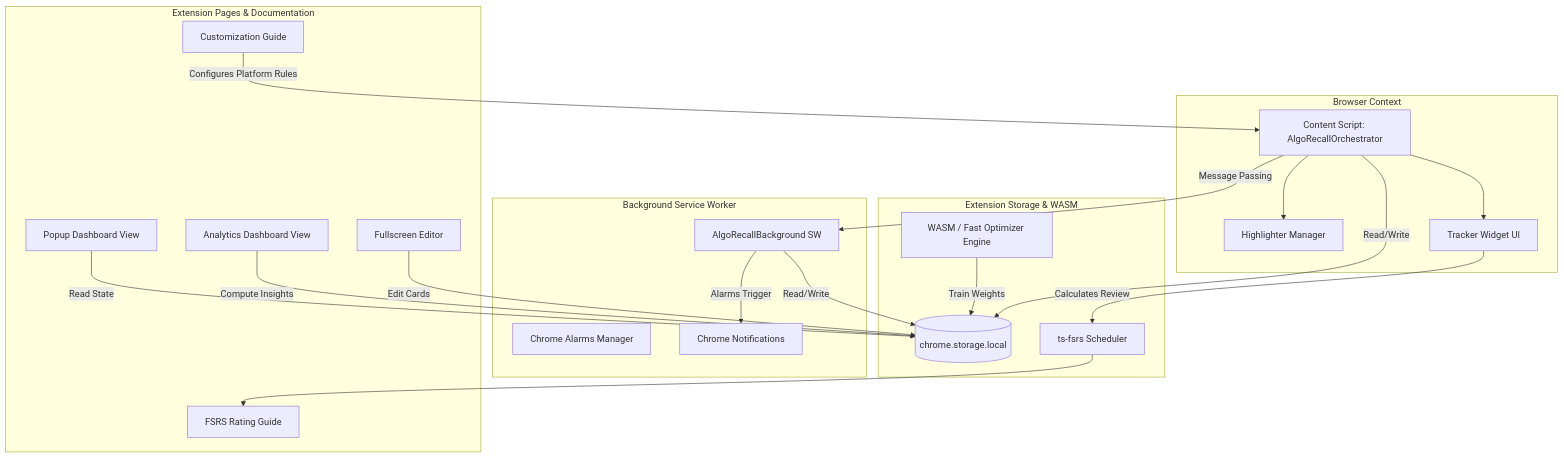
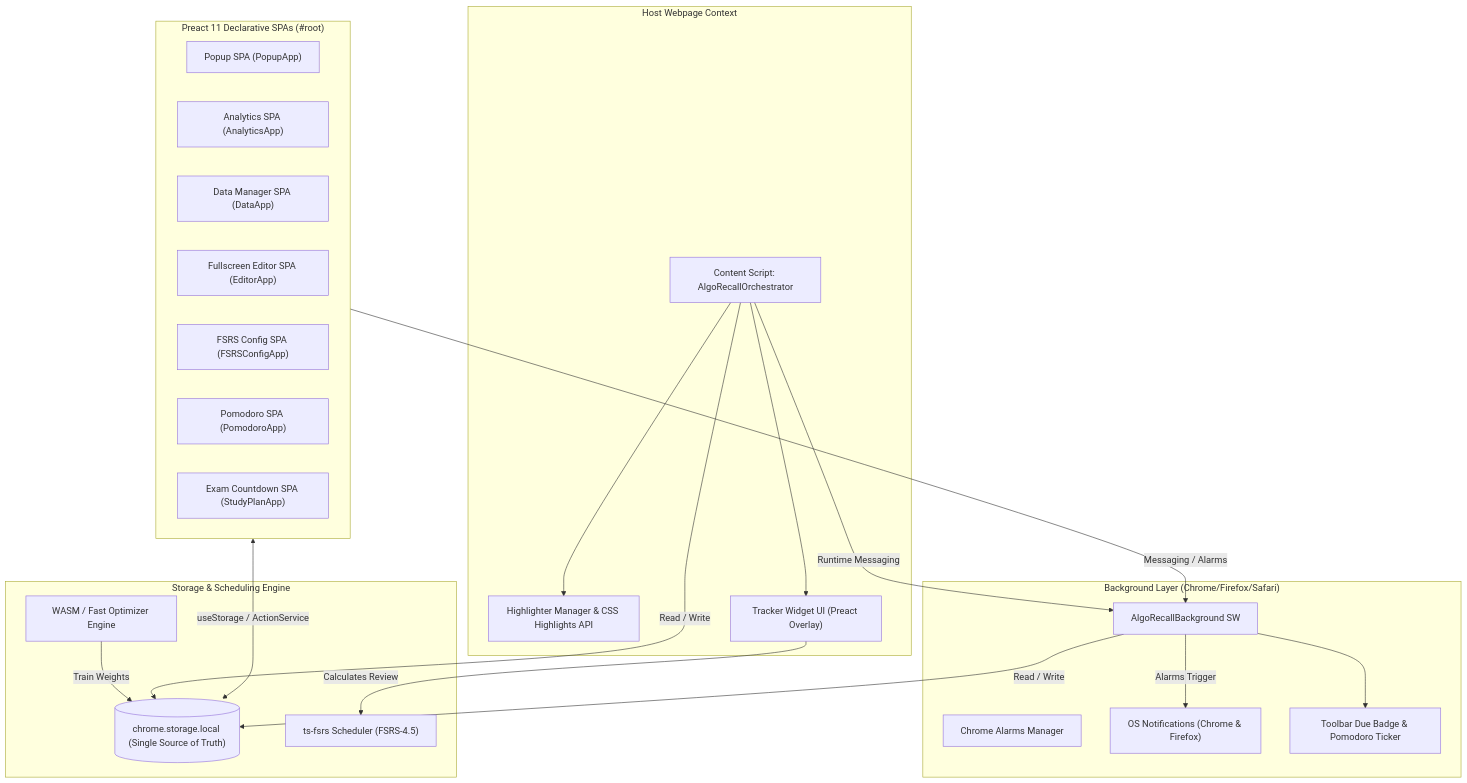
One commit to sdeanmol/algomonster-fsrs-extension changed the diagram in docs/index.md. Above: the diagram before and after it, drawn with Mermaid. The commit also changed other lines of this file and 11 other files, not shown here.

````diff
--- a/docs/index.md
+++ b/docs/index.md
@@ -66,42 +67,43 @@
 ```mermaid
 graph TD
-    subgraph Browser Context
-        CS[Content Script: AlgoRecallOrchestrator]
-        HL[Highlighter Manager]
-        TR[Tracker Widget UI]
+    subgraph Browser_Context ["Host Webpage Context"]
+        CS["Content Script: AlgoRecallOrchestrator"]
+        HL["Highlighter Manager & CSS Highlights API"]
+        TR["Tracker Widget UI (Preact Overlay)"]
     end
 
-    subgraph Background Service Worker
-        BG[AlgoRecallBackground SW]
-        AL[Chrome Alarms Manager]
-        NOTIF[Chrome Notifications]
+    subgraph Background_Service ["Background Layer (Chrome/Firefox/Safari)"]
+        BG["AlgoRecallBackground SW"]
+        AL["Chrome Alarms Manager"]
+        NOTIF["OS Notifications (Chrome & Firefox)"]
+        BADGE["Toolbar Due Badge & Pomodoro Ticker"]
     end
 
-    subgraph Extension Storage & WASM
-        ST[(chrome.storage.local)]
-        FSRS[ts-fsrs Scheduler]
-        OPT[WASM / Fast Optimizer Engine]
+    subgraph Storage_WASM ["Storage & Scheduling Engine"]
+        ST[("chrome.storage.local (Single Source of Truth)")]
+        FSRS["ts-fsrs Scheduler (FSRS-4.5)"]
+        OPT["WASM / Fast Optimizer Engine"]
     end
 
-    subgraph Extension Pages & Documentation
-        POP[Popup Dashboard View]
-        AN[Analytics Dashboard View]
-        ED[Fullscreen Editor]
-        CG[Customization Guide]
-        RG[FSRS Rating Guide]
+    subgraph Preact_Applications ["Preact 11 Declarative SPAs (#root)"]
+        POP["Popup SPA (PopupApp)"]
+        ANA["Analytics SPA (AnalyticsApp)"]
+        DATA["Data Manager SPA (DataApp)"]
+        ED["Fullscreen Editor SPA (EditorApp)"]
+        CONF["FSRS Config SPA (FSRSConfigApp)"]
+        POMO["Pomodoro SPA (PomodoroApp)"]
+        PLAN["Exam Countdown SPA (StudyPlanApp)"]
     end
 
-    CS -->|Message Passing| BG
+    CS -->|Runtime Messaging| BG
     CS --> HL
     CS --> TR
     TR -->|Calculates Review| FSRS
-    FSRS --> RG
     OPT -->|Train Weights| ST
     BG -->|Alarms Trigger| NOTIF
-    BG -->|Read/Write| ST
-    CS -->|Read/Write| ST
-    POP -->|Read State| ST
-    AN -->|Compute Insights| ST
-    ED -->|Edit Cards| ST
-    CG -->|Configures Platform Rules| CS
+    BG --> BADGE
+    BG -->|Read / Write| ST
+    CS -->|Read / Write| ST
+    Preact_Applications <-->|useStorage / ActionService| ST
+    Preact_Applications -->|Messaging / Alarms| BG
 ```
````
